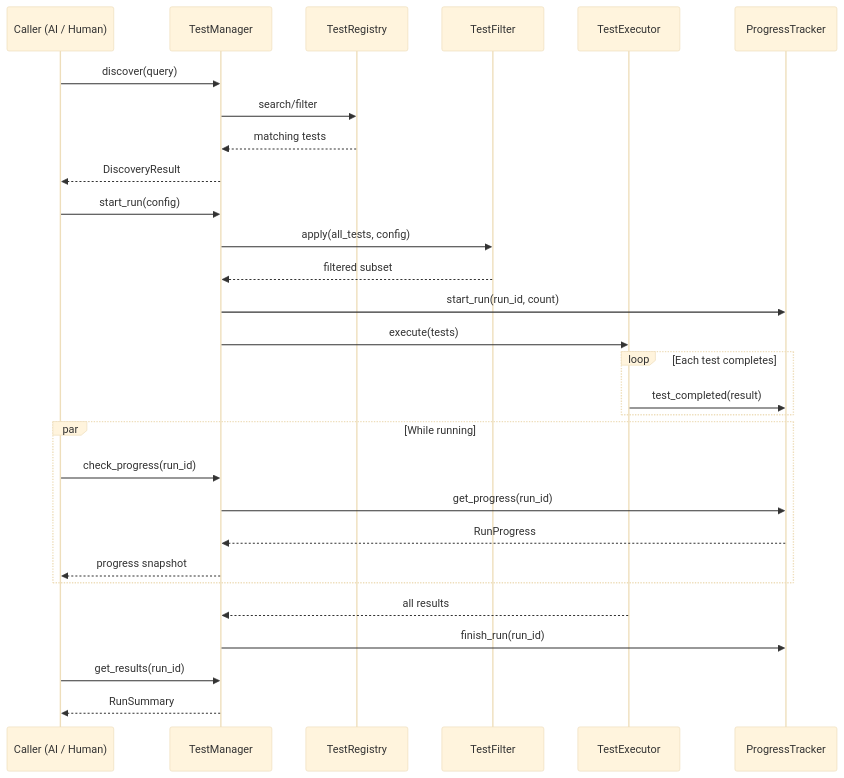
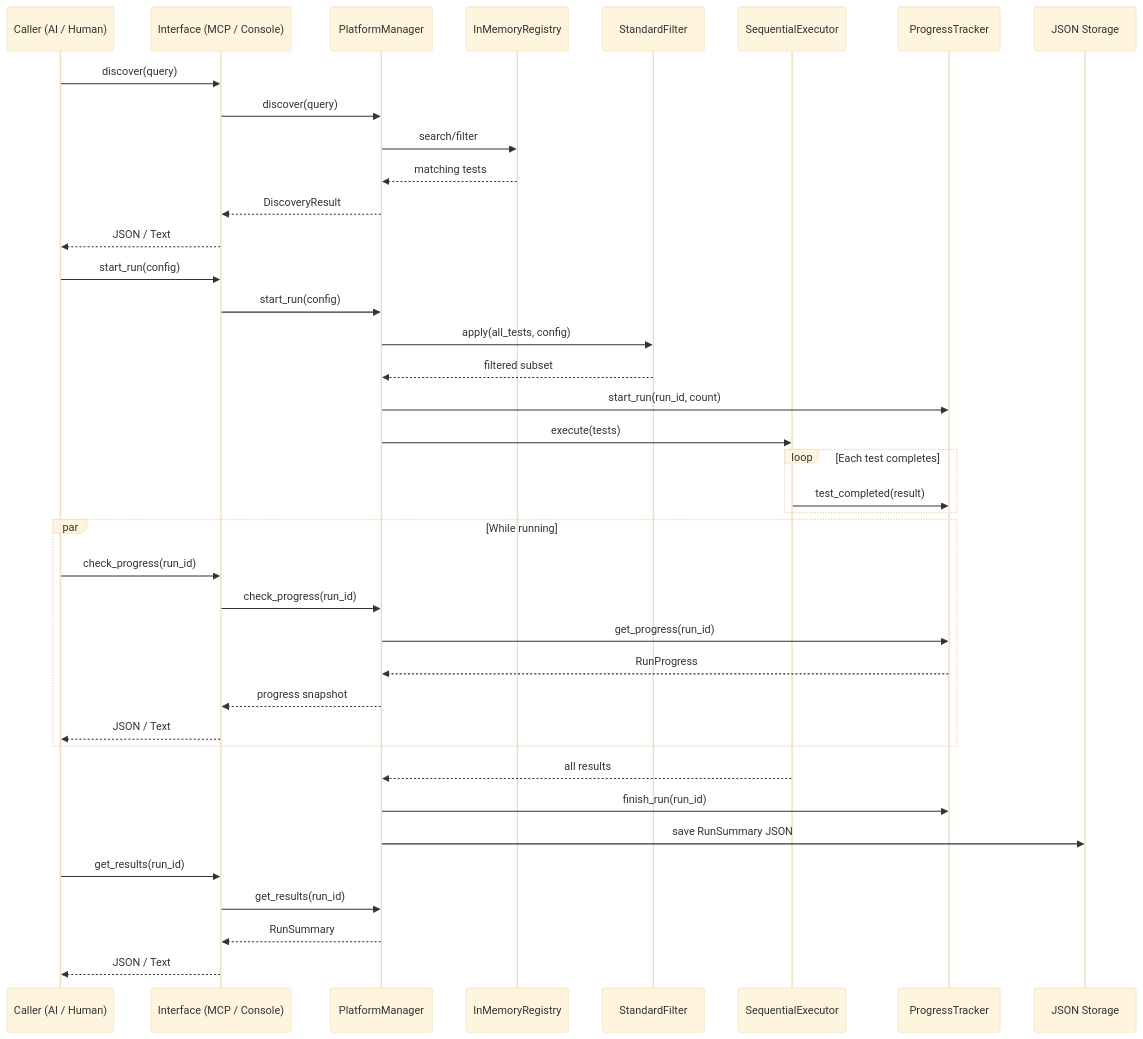
Before and after one commit to endlessa/unbroken-ahk: the sixth of 6 diagrams in docs/INTERFACE_SPECIFICATION.md, drawn with Mermaid (base theme). The commit also changed other lines of this file and 2 other files, not shown here.

````diff
--- a/docs/INTERFACE_SPECIFICATION.md
+++ b/docs/INTERFACE_SPECIFICATION.md
@@ -187,36 +352,46 @@
 ```mermaid
 sequenceDiagram
     participant Caller as Caller (AI / Human)
-    participant MGR as TestManager
-    participant REG as TestRegistry
-    participant FILT as TestFilter
-    participant EXEC as TestExecutor
+    participant IF as Interface (MCP / Console)
+    participant MGR as PlatformManager
+    participant REG as InMemoryRegistry
+    participant FILT as StandardFilter
+    participant EXEC as SequentialExecutor
     participant PROG as ProgressTracker
+    participant STORE as JSON Storage
 
-    Caller->>MGR: discover(query)
+    Caller->>IF: discover(query)
+    IF->>MGR: discover(query)
     MGR->>REG: search/filter
     REG-->>MGR: matching tests
-    MGR-->>Caller: DiscoveryResult
+    MGR-->>IF: DiscoveryResult
+    IF-->>Caller: JSON / Text
 
-    Caller->>MGR: start_run(config)
+    Caller->>IF: start_run(config)
+    IF->>MGR: start_run(config)
     MGR->>FILT: apply(all_tests, config)
     FILT-->>MGR: filtered subset
     MGR->>PROG: start_run(run_id, count)
     MGR->>EXEC: execute(tests)
 
     loop Each test completes
         EXEC->>PROG: test_completed(result)
     end
 
     par While running
-        Caller->>MGR: check_progress(run_id)
+        Caller->>IF: check_progress(run_id)
+        IF->>MGR: check_progress(run_id)
         MGR->>PROG: get_progress(run_id)
         PROG-->>MGR: RunProgress
-        MGR-->>Caller: progress snapshot
+        MGR-->>IF: progress snapshot
+        IF-->>Caller: JSON / Text
     end
 
     EXEC-->>MGR: all results
     MGR->>PROG: finish_run(run_id)
-    Caller->>MGR: get_results(run_id)
-    MGR-->>Caller: RunSummary
+    MGR->>STORE: save RunSummary JSON
+    Caller->>IF: get_results(run_id)
+    IF->>MGR: get_results(run_id)
+    MGR-->>IF: RunSummary
+    IF-->>Caller: JSON / Text
 ```
````
